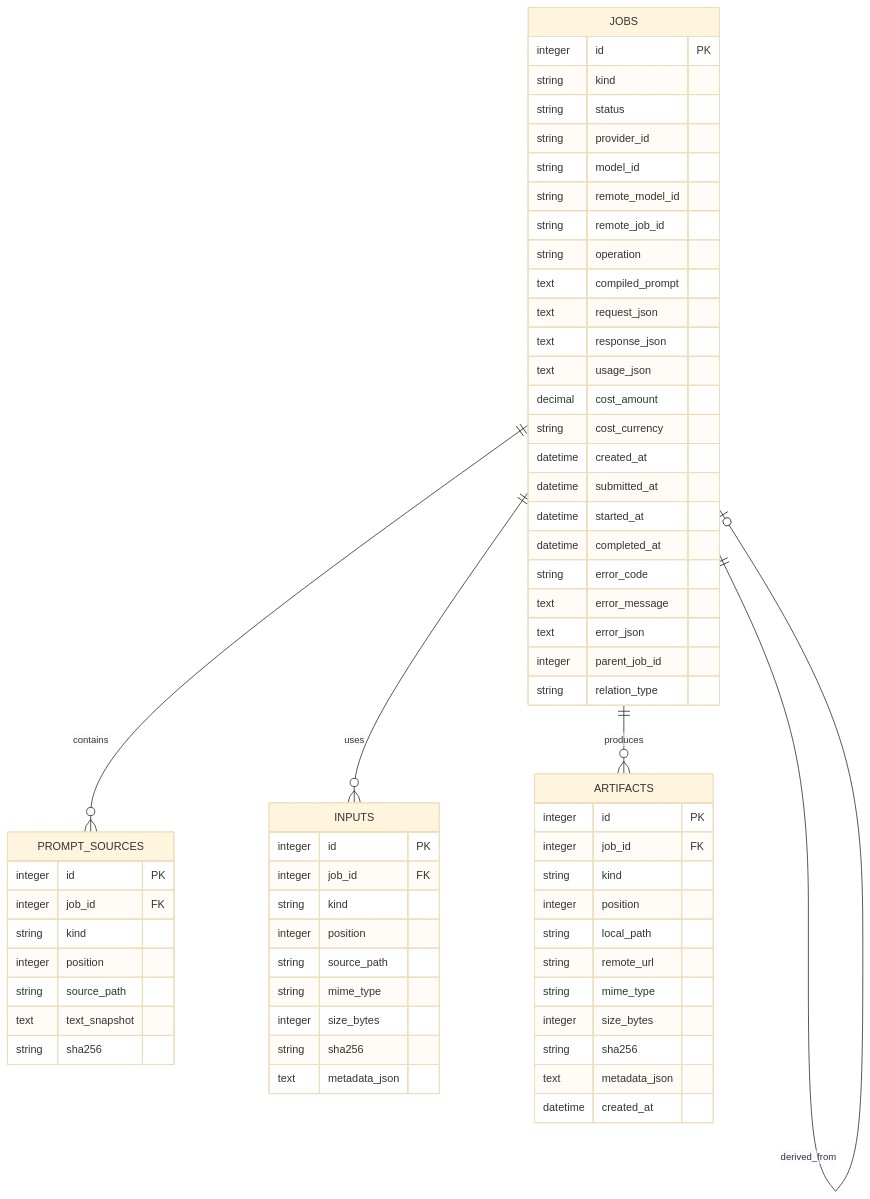
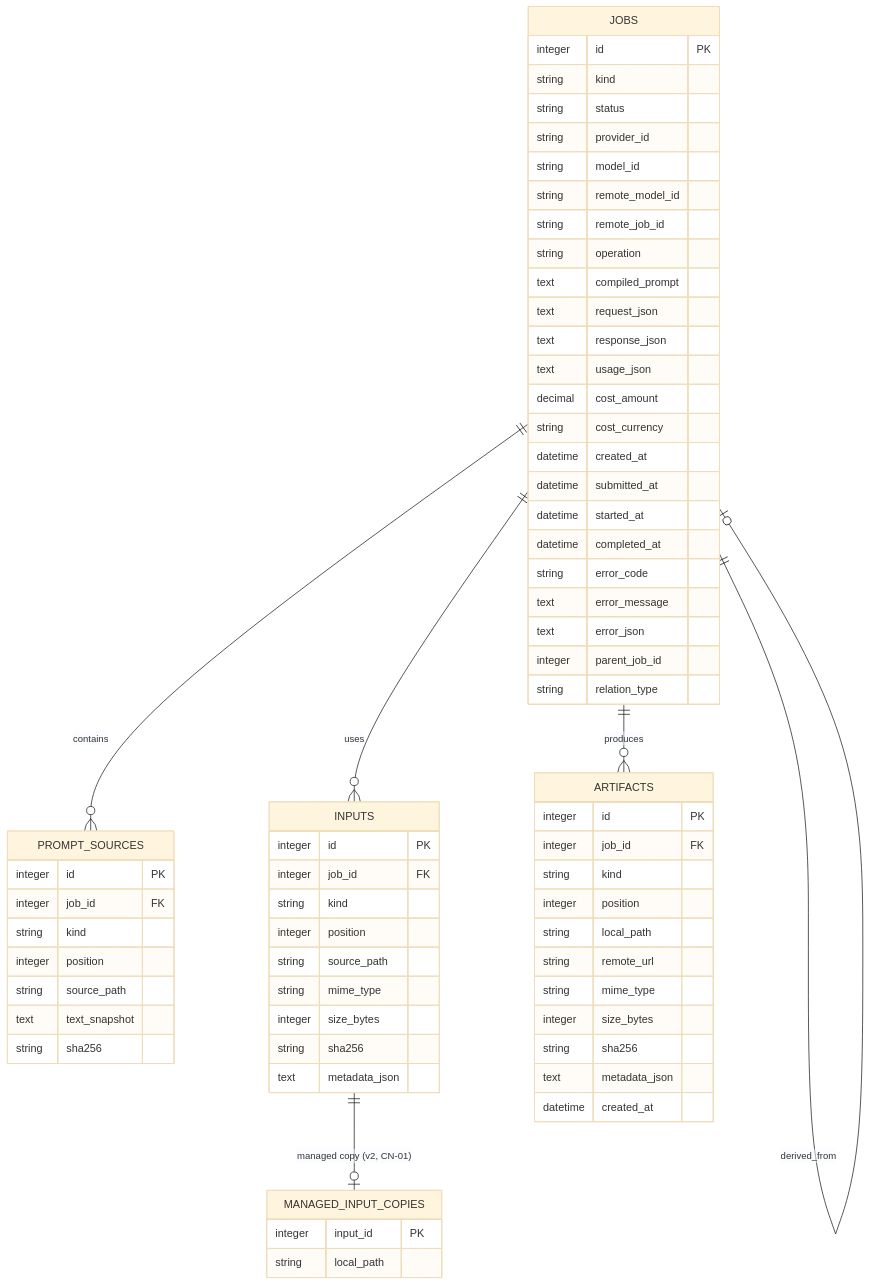
The second of 8 diagrams in docs/plans/07-storage-history-costs.md (VladimirMonin/aimedia), drawn with Mermaid (base theme) before and after one commit. The commit also changed other lines of this file and 10 other files, not shown here.

First line of the commit message:
docs(storage): Согласовать managed-копии референсов без правки schema v1

````diff
--- a/docs/plans/07-storage-history-costs.md
+++ b/docs/plans/07-storage-history-costs.md
@@ -177,69 +180,75 @@
 ```mermaid
 erDiagram
     JOBS ||--o{ PROMPT_SOURCES : contains
     JOBS ||--o{ INPUTS : uses
+    INPUTS ||--o| MANAGED_INPUT_COPIES : "managed copy (v2, CN-01)"
     JOBS ||--o{ ARTIFACTS : produces
     JOBS ||--o| JOBS : derived_from
 
     JOBS {
         integer id PK
         string kind
         string status
         string provider_id
         string model_id
         string remote_model_id
         string remote_job_id
         string operation
         text compiled_prompt
         text request_json
         text response_json
         text usage_json
         decimal cost_amount
         string cost_currency
         datetime created_at
         datetime submitted_at
         datetime started_at
         datetime completed_at
         string error_code
         text error_message
         text error_json
         integer parent_job_id
         string relation_type
     }
 
     PROMPT_SOURCES {
         integer id PK
         integer job_id FK
         string kind
         integer position
         string source_path
         text text_snapshot
         string sha256
     }
 
     INPUTS {
         integer id PK
         integer job_id FK
         string kind
         integer position
         string source_path
         string mime_type
         integer size_bytes
         string sha256
         text metadata_json
     }
 
+    MANAGED_INPUT_COPIES {
+        integer input_id PK
+        string local_path
+    }
+
     ARTIFACTS {
         integer id PK
         integer job_id FK
         string kind
         integer position
         string local_path
         string remote_url
         string mime_type
         integer size_bytes
         string sha256
         text metadata_json
         datetime created_at
     }
 ```
````
